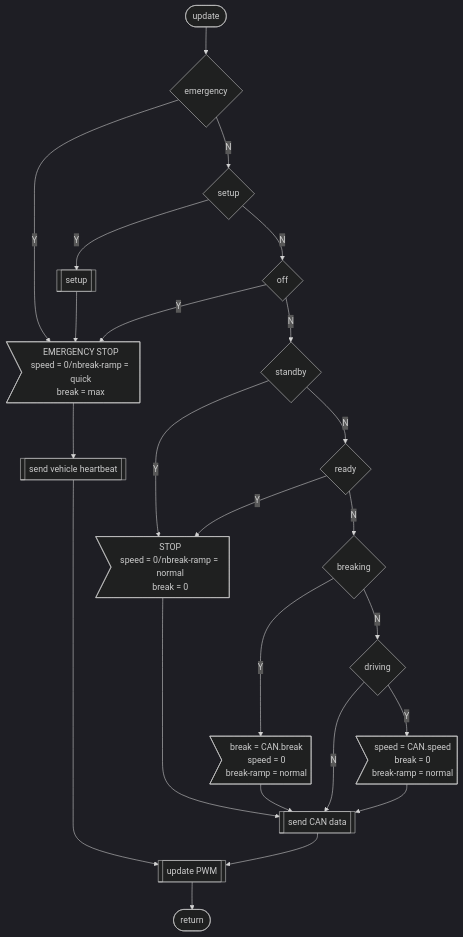
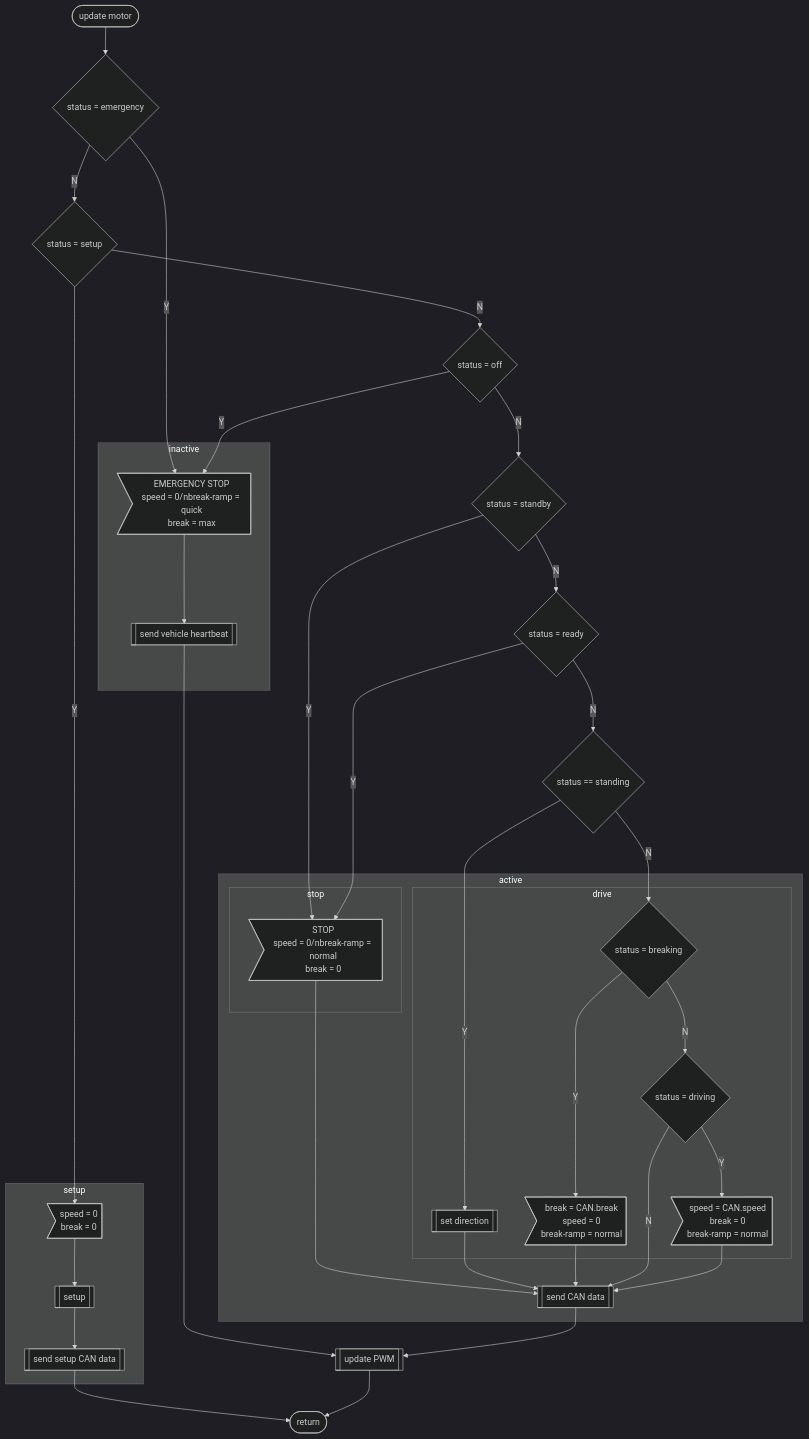
The fourth of 4 diagrams in Loco_can_motor/FLOATCHART.md (loco-can/loco-can-software), drawn with Mermaid (dark theme) before and after one commit. The commit also changed other lines of this file and 1 other file, not shown here.

Commit message:
update flowcharts for motor and controller

````diff
--- a/Loco_can_motor/FLOATCHART.md
+++ b/Loco_can_motor/FLOATCHART.md
@@ -86,43 +109,66 @@
 ```mermaid
 graph TD;
 
 %% definitions
-START([update]);
-IS_EMERGENCY{emergency};
-IS_OFF{off};
-IS_STANDBY{standby};
-IS_READY{ready};
-IS_DRIVING{driving};
-IS_BREAKING{breaking};
-IS_SETUP{setup};
+START([update motor]);
+IS_EMERGENCY{status = emergency};
+DIR_IS_STANDING{status == standing};
 
-ESTOP>"EMERGENCY STOP\nspeed = 0/nbreak-ramp = quick\nbreak = max"];
-SETUP[[setup]];
-STOP>"STOP\nspeed = 0/nbreak-ramp = normal\nbreak = 0"];
-SEND[[send CAN data]];
-DRIVING>"speed = CAN.speed\nbreak = 0\nbreak-ramp = normal"];
-BREAKING>"break = CAN.break\nspeed = 0\nbreak-ramp = normal"];
-HEARTBEAT[[send vehicle heartbeat]];
+subgraph inactive
+    HEARTBEAT[[send vehicle heartbeat]];
+    ESTOP>"EMERGENCY STOP\nspeed = 0/nbreak-ramp = quick\nbreak = max"];
+end
+
+subgraph active
+    subgraph stop
+        STOP>"STOP\nspeed = 0/nbreak-ramp = normal\nbreak = 0"];
+    end
+
+    subgraph drive
+        IS_DRIVING{status = driving};
+        IS_BREAKING{status = breaking};
+        DRIVING>"speed = CAN.speed\nbreak = 0\nbreak-ramp = normal"];
+        BREAKING>"break = CAN.break\nspeed = 0\nbreak-ramp = normal"];
+        SET_DIR[[set direction]];
+    end
+
+    SEND[[send CAN data]];
+end
+
+subgraph setup
+    SETUP_STOP>"speed = 0\nbreak = 0"];
+    SETUP[[setup]];
+    SEND_SETUP[[send setup CAN data]];
+end
+
+IS_OFF{status = off};
+IS_STANDBY{status = standby};
+IS_READY{status = ready};
+
+IS_SETUP{status = setup};
 
 END[[update PWM]];
 RETURN([return]);
 
 %% flow
 START --> IS_EMERGENCY;
 IS_EMERGENCY --> |N| IS_SETUP;
 IS_EMERGENCY --> |Y| ESTOP --> HEARTBEAT ---> END;
 IS_SETUP --> |N| IS_OFF;
-IS_SETUP --> |Y| SETUP --> ESTOP;
+IS_SETUP --> |Y| SETUP_STOP --> SETUP --> SEND_SETUP --> RETURN;
 IS_OFF --> |N| IS_STANDBY;
 IS_OFF --> |Y| ESTOP;
 IS_STANDBY --> |N| IS_READY;
-IS_STANDBY --> |Y| STOP --> SEND;
-IS_READY --> |N| IS_BREAKING;
+IS_STANDBY --> |Y| STOP;
+IS_READY --> |N| DIR_IS_STANDING;
 IS_READY --> |Y| STOP;
+STOP --> SEND;
+DIR_IS_STANDING --> |N| IS_BREAKING;
+DIR_IS_STANDING --> |Y| SET_DIR --> SEND;
 IS_BREAKING --> |N| IS_DRIVING;
 IS_BREAKING --> |Y| BREAKING --> SEND;
 IS_DRIVING --> |N| SEND;
 IS_DRIVING --> |Y| DRIVING --> SEND;
 SEND --> END;
 END --> RETURN;
 ```
````
